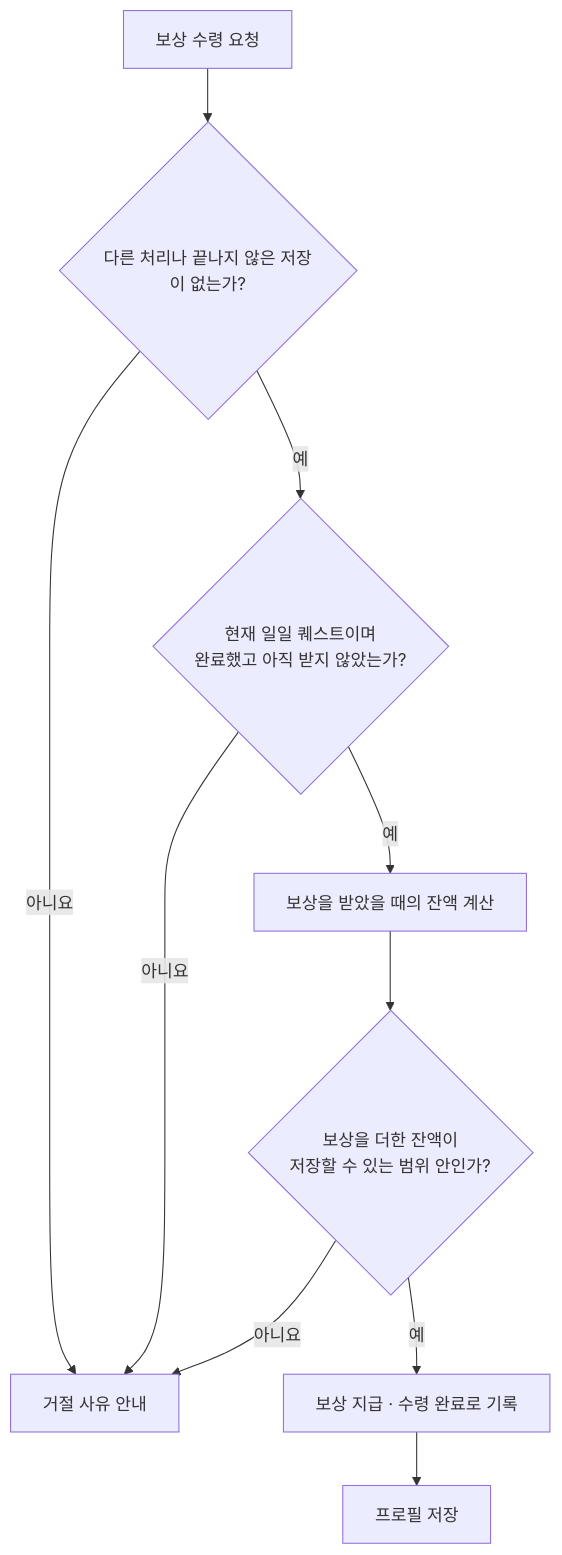
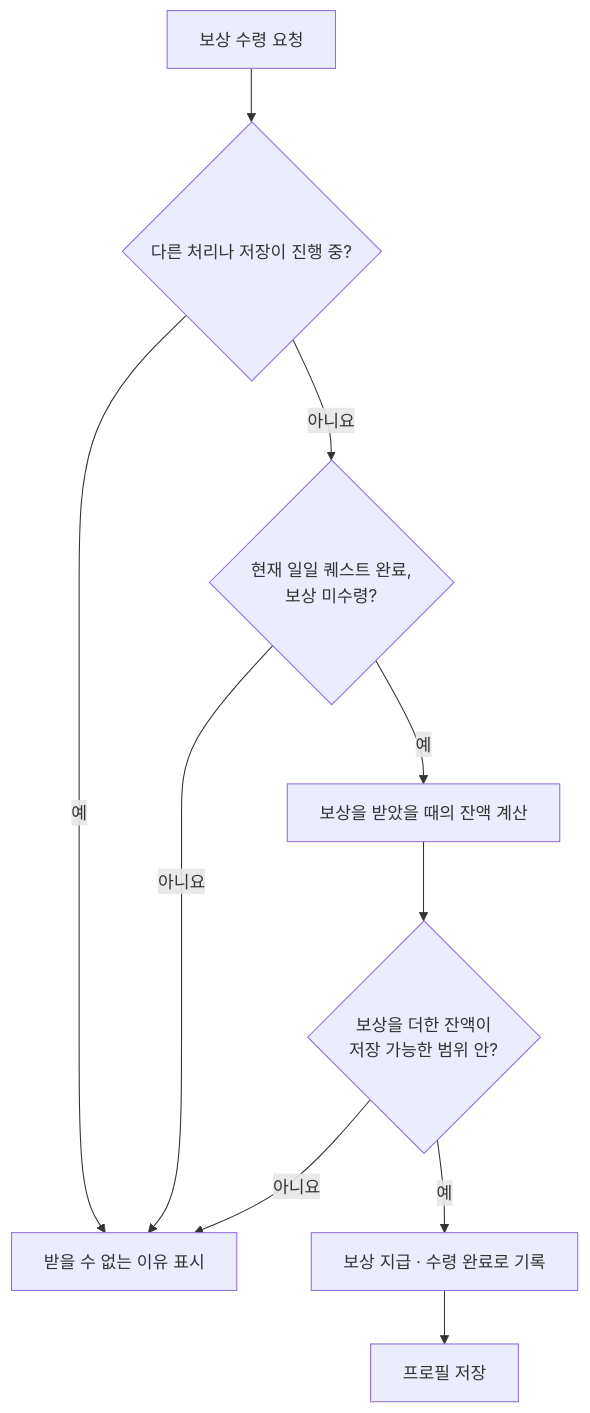
Before and after one commit to limrum09/GroupATeamProject-Portfolio: the second of 2 diagrams in README.md, drawn with Mermaid. The commit also changed other lines of this file, not shown here.

````diff
--- a/README.md
+++ b/README.md
@@ -86,12 +86,12 @@
 ```mermaid
 flowchart TD
-    A["보상 수령 요청"] --> P{"다른 처리나 끝나지 않은 저장이 없는가?"}
-    P -->|아니요| C["거절 사유 안내"]
-    P -->|예| B{"현재 일일 퀘스트이며<br/>완료했고 아직 받지 않았는가?"}
+    A["보상 수령 요청"] --> P{"다른 처리나 저장이 진행 중?"}
+    P -->|예| C["받을 수 없는 이유 표시"]
+    P -->|아니요| B{"현재 일일 퀘스트 완료,<br/>보상 미수령?"}
     B -->|아니요| C
     B -->|예| D["보상을 받았을 때의 잔액 계산"]
-    D --> E{"보상을 더한 잔액이<br/>저장할 수 있는 범위 안인가?"}
+    D --> E{"보상을 더한 잔액이<br/>저장 가능한 범위 안?"}
     E -->|아니요| C
     E -->|예| F["보상 지급 · 수령 완료로 기록"]
     F --> G["프로필 저장"]
 ```
````
